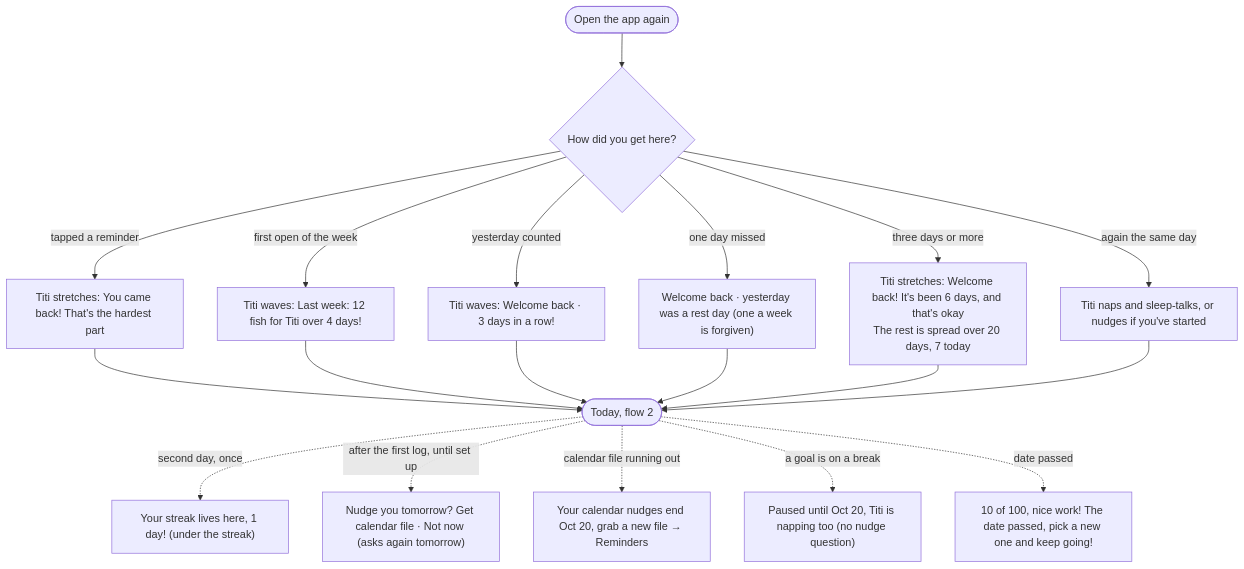
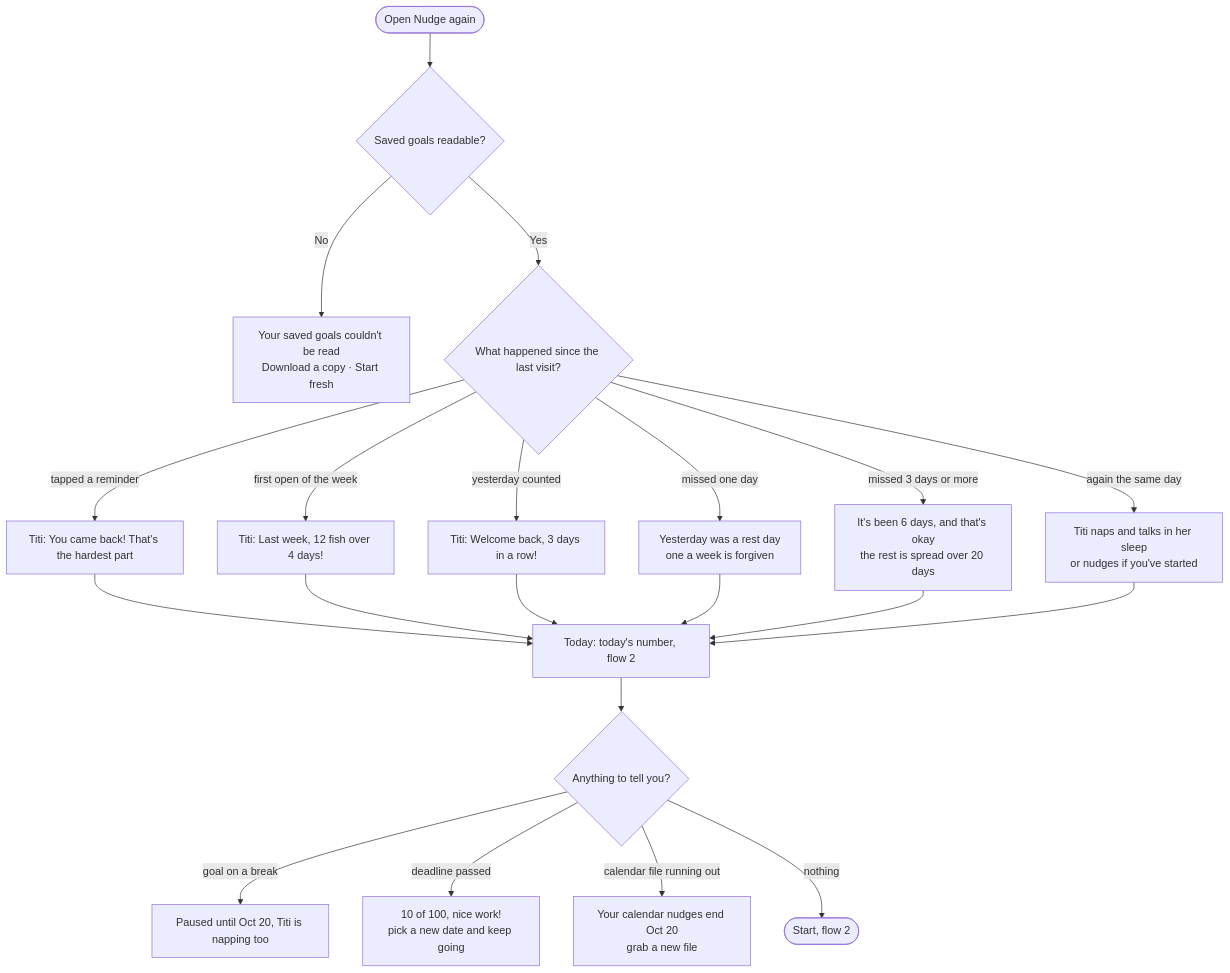
Before and after one commit to jessieyiqichen/dbs-a3: the fourth of 5 diagrams in flows.md, drawn with Mermaid. The commit also changed other lines of this file and 2 other files, not shown here.

Commit message:
docs: detailed flow diagrams with decisions, error loops and the save step; one overview of the whole loop

````diff
--- a/flows.md
+++ b/flows.md
@@ -53,16 +103,18 @@
 ```mermaid
 flowchart TD
-    C([Open the app again]) --> K{How did you get here?}
-    K -->|tapped a reminder| N1["Titi stretches: You came back! That's the hardest part"]
-    K -->|first open of the week| N0["Titi waves: Last week: 12 fish for Titi over 4 days!"]
-    K -->|yesterday counted| N2["Titi waves: Welcome back · 3 days in a row!"]
-    K -->|one day missed| N3["Welcome back · yesterday was a rest day (one a week is forgiven)"]
-    K -->|three days or more| N4["Titi stretches: Welcome back! It's been 6 days, and that's okay\nThe rest is spread over 20 days, 7 today"]
-    K -->|again the same day| N5["Titi naps and sleep-talks, or nudges if you've started"]
-    N1 & N0 & N2 & N3 & N4 & N5 --> T([Today, flow 2])
-    T -.->|second day, once| ST["Your streak lives here, 1 day! (under the streak)"]
-    T -.->|after the first log, until set up| P["Nudge you tomorrow? Get calendar file · Not now (asks again tomorrow)"]
-    T -.->|calendar file running out| CAL["Your calendar nudges end Oct 20, grab a new file → Reminders"]
-    T -.->|a goal is on a break| BR["Paused until Oct 20, Titi is napping too (no nudge question)"]
-    T -.->|date passed| DP["10 of 100, nice work! The date passed, pick a new one and keep going!"]
+    C([Open Nudge again]) --> RD{Saved goals readable?}
+    RD -->|No| CR[Your saved goals couldn't be read<br>Download a copy · Start fresh]
+    RD -->|Yes| K{What happened since the last visit?}
+    K -->|tapped a reminder| N1[Titi: You came back! That's the hardest part]
+    K -->|first open of the week| N0[Titi: Last week, 12 fish over 4 days!]
+    K -->|yesterday counted| N2[Titi: Welcome back, 3 days in a row!]
+    K -->|missed one day| N3[Yesterday was a rest day<br>one a week is forgiven]
+    K -->|missed 3 days or more| N4[It's been 6 days, and that's okay<br>the rest is spread over 20 days]
+    K -->|again the same day| N5[Titi naps and talks in her sleep<br>or nudges if you've started]
+    N1 & N0 & N2 & N3 & N4 & N5 --> T[Today: today's number, flow 2]
+    T --> CK{Anything to tell you?}
+    CK -->|goal on a break| BR[Paused until Oct 20, Titi is napping too]
+    CK -->|deadline passed| DP[10 of 100, nice work!<br>pick a new date and keep going]
+    CK -->|calendar file running out| CAL[Your calendar nudges end Oct 20<br>grab a new file]
+    CK -->|nothing| S([Start, flow 2])
 ```
````
